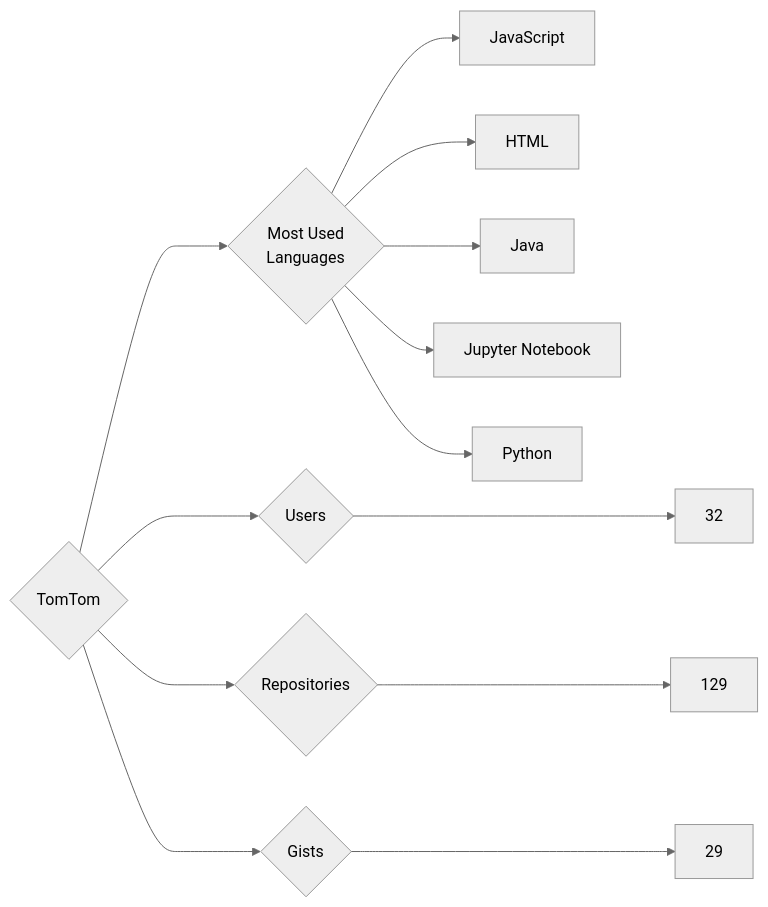
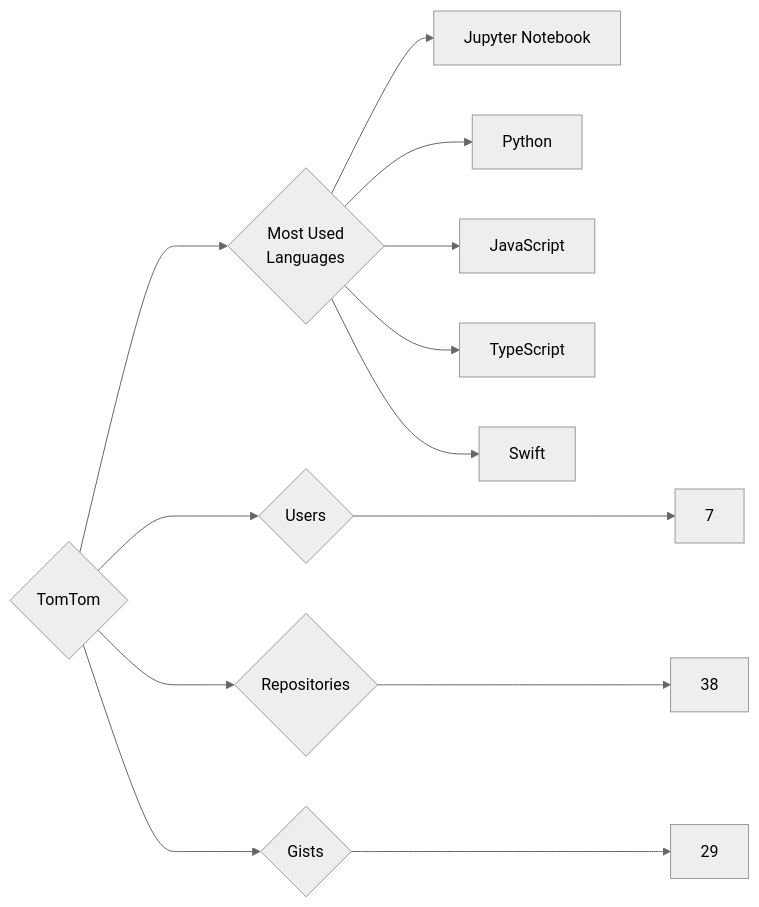
The diagram in targets/TomTom/README.md (trickest/insiders), drawn with Mermaid (neutral theme) before and after one commit. The commit also changed 823 other files, not shown here.

````diff
--- a/targets/TomTom/README.md
+++ b/targets/TomTom/README.md
@@ -3,13 +3,13 @@
 ```mermaid
 graph LR
 COMPANY_NAME{TomTom}
-COMPANY_NAME ---> U{Users} ---> UN[32]
-COMPANY_NAME ---> R{Repositories} ---> RN[129]
+COMPANY_NAME ---> U{Users} ---> UN[7]
+COMPANY_NAME ---> R{Repositories} ---> RN[38]
 COMPANY_NAME ---> G{Gists} ---> GN[29]
 COMPANY_NAME ---> ML{Most Used<br>Languages}
-ML --> JavaScript[JavaScript]
-ML --> HTML[HTML]
-ML --> Java[Java]
 ML --> Jupyter_Notebook[Jupyter Notebook]
 ML --> Python[Python]
+ML --> JavaScript[JavaScript]
+ML --> TypeScript[TypeScript]
+ML --> Swift[Swift]
 ```
````
